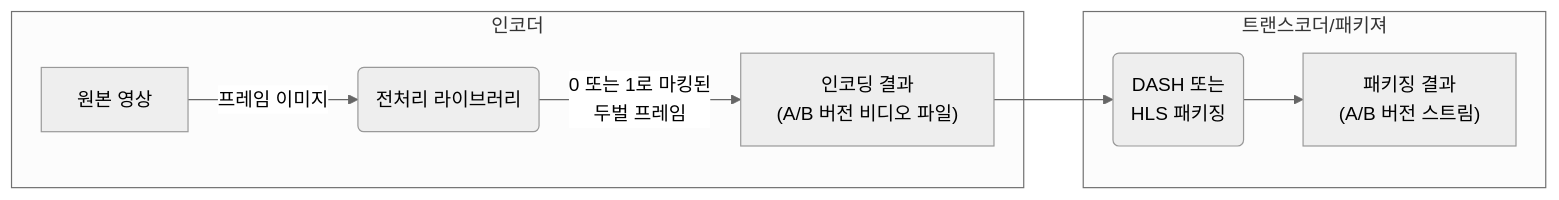
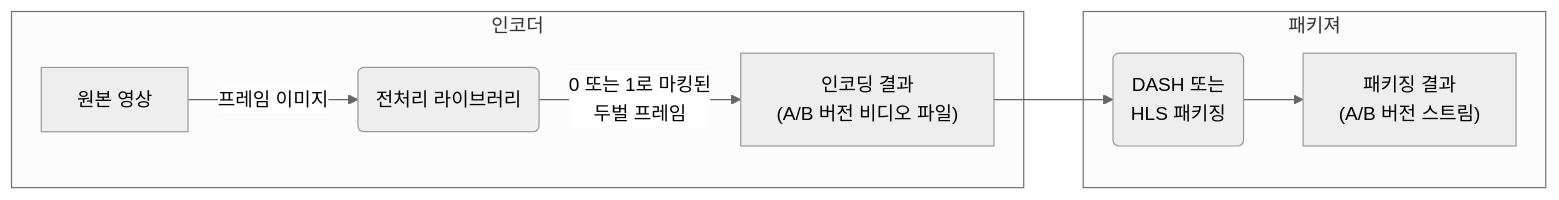
One commit to daniel-inka/pallycon-docs-v3 changed the fourth of 6 diagrams in content/forensic-watermarking/getting-started/fwm-workflow.ko.md. Above: the diagram before and after it, drawn with Mermaid (neutral theme). The commit also changed other lines of this file and 51 other files, not shown here.

````diff
--- a/content/forensic-watermarking/getting-started/fwm-workflow.ko.md
+++ b/content/forensic-watermarking/getting-started/fwm-workflow.ko.md
@@ -220,11 +220,11 @@
 ```mermaid
 graph LR;
     subgraph 인코더
     A[원본 영상] -->|프레임 이미지| B(전처리 라이브러리)
     B -->|0 또는 1로 마킹된<br>두벌 프레임| C["인코딩 결과<br>(A/B 버전 비디오 파일)"]
     end
     C --> D(DASH 또는<br>HLS 패키징)
-    subgraph 트랜스코더/패키져
+    subgraph 패키져
     D --> E["패키징 결과<br>(A/B 버전 스트림)"]
     end
 ```
````
